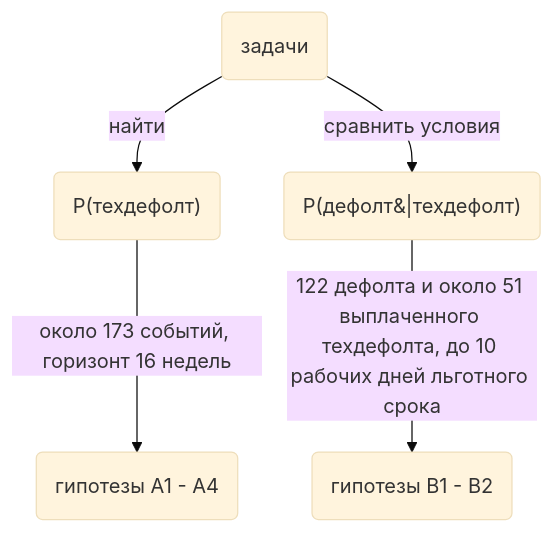
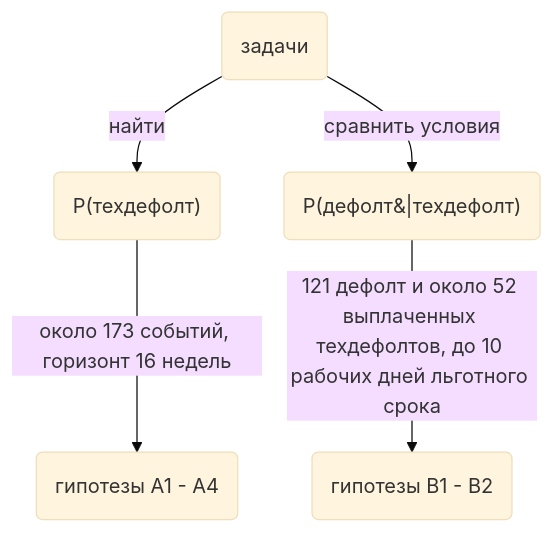
The second of 2 diagrams in research/README.md (alferova-tv/Jessica-invest-assistant), drawn with Mermaid (base theme) before and after one commit. The commit also changed other lines of this file and 7 other files, not shown here.

````diff
--- a/research/README.md
+++ b/research/README.md
@@ -61,8 +61,8 @@
 ```mermaid
 graph TD
     A(задачи)
     A -->|найти| B("P(техдефолт)")
     A -->|сравнить условия| C("P(дефолт&#124;техдефолт)")
     B -->|около 173 событий, горизонт 16 недель| D(гипотезы A1 - A4)
-    C -->|122 дефолта и около 51 выплаченного техдефолта, до 10 рабочих дней льготного срока| E(гипотезы B1 - B2)
+    C -->|121 дефолт и около 52 выплаченных техдефолтов, до 10 рабочих дней льготного срока| E(гипотезы B1 - B2)
 ```
````
